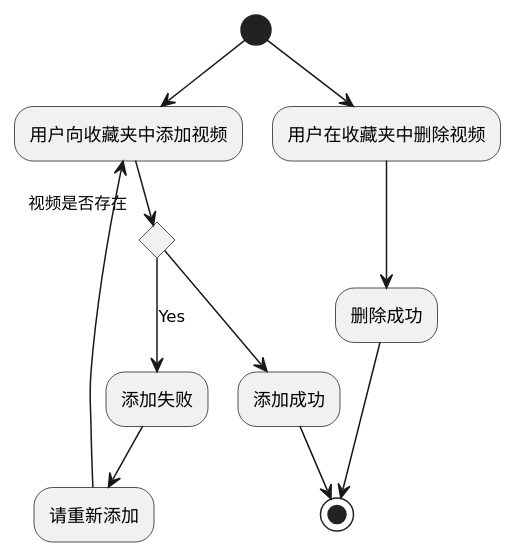
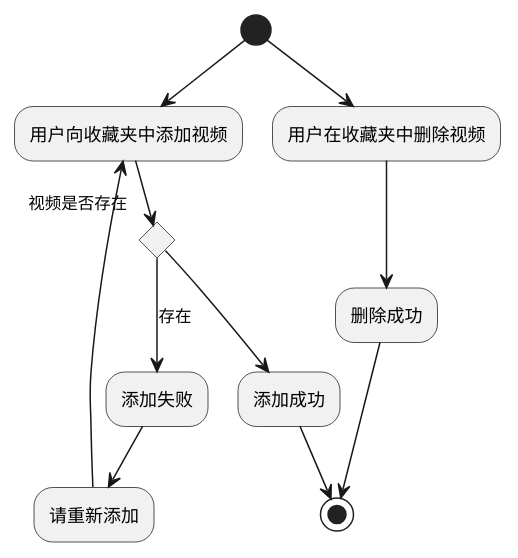
The diagram in src/main/java/com/zte/video/diag/acitvity_favoritescontent.puml (qwerqqwewq/VideoOnline), drawn with PlantUML before and after one commit.

Commit message:
Merge branch 'master' of https://github.com/qwerqqwewq/VideoOnline
# Conflicts:
#	.idea/libraries/Maven__com_alibaba_fastjson_1_2_47.xml
#	.idea/libraries/Maven__com_fasterxml_jackson_core_jackson_annotations_2_7_6.xml
#	.idea/libraries/Maven__com_fasterxml_jackson_core_jackson_core_2_7_6.xml
#	.idea/libraries/Maven__com_fasterxml_jackson_core_jackson_databind_2_7_6.xml
#	.idea/libraries/Maven__com_google_code_gson_gson_2_3_1.xml
#	.idea/libraries/Maven__commons_beanutils_commons_beanutils_1_9_3.xml
#	.idea/libraries/Maven__commons_collections_commons_collections_3_2_2.xml
#	.idea/libraries/Maven__commons_dbcp_commons_dbcp_1_4.xml
#	.idea/libraries/Maven__commons_pool_commons_pool_1_5_4.xml
#	.idea/libraries/Maven__junit_junit_4_12.xml
#	.idea/libraries/Maven__log4j_log4j_1_2_17.xml
#	.idea/libraries/Maven__mysql_mysql_connector_java_5_1_38.xml
#	.idea/libraries/Maven__org_aspectj_aspectjweaver_1_8_13.xml
#	.idea/libraries/Maven__org_mybatis_mybatis_3_4_5.xml
#	.idea/libraries/Maven__org_mybatis_mybatis_spring_1_3_1.xml
#	.idea/libraries/Maven__org_springframework_spring_jdbc_4_3_14_RELEASE.xml
#	.idea/libraries/Maven__org_springframework_spring_tx_4_3_14_RELEASE.xml

```diff
--- a/src/main/java/com/zte/video/diag/acitvity_favoritescontent.puml
+++ b/src/main/java/com/zte/video/diag/acitvity_favoritescontent.puml
@@ -1,14 +1,14 @@
 @startuml
 (*)  --> "用户向收藏夹中添加视频"
 If "视频是否存在" then
---> [Yes] "添加失败"
+--> [存在] "添加失败"
 --> "请重新添加"
 -->"用户向收藏夹中添加视频"
 else
 --> "添加成功"
 Endif
 -->(*)
 (*)  --> "用户在收藏夹中删除视频"
       --> "删除成功"
 -->(*)
 @enduml
```
